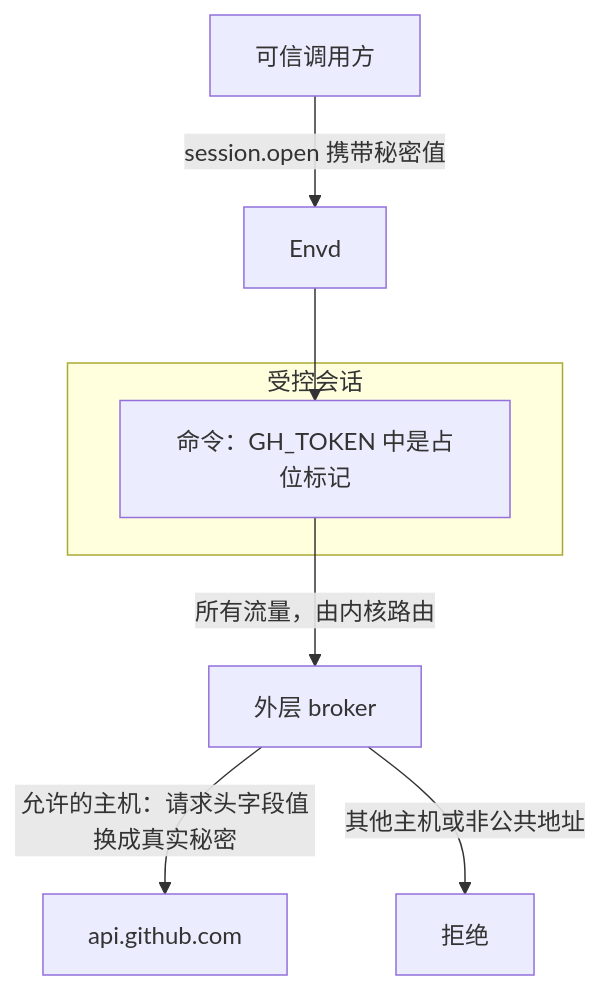
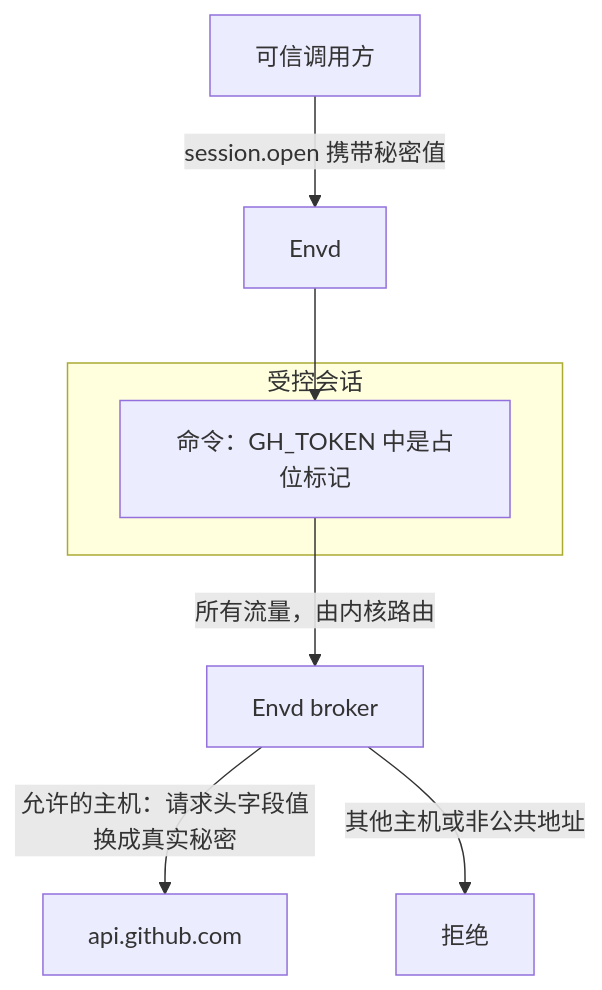
Before and after one commit to converge-ai-labs/agent-foundation: the diagram in docs/a13n-envd/egress.zh-CN.md, drawn with Mermaid. The commit also changed other lines of this file and 199 other files, not shown here.

````diff
--- a/docs/a13n-envd/egress.zh-CN.md
+++ b/docs/a13n-envd/egress.zh-CN.md
@@ -55,16 +55,16 @@
 ```mermaid
 flowchart TB
     Caller["可信调用方"] -->|"session.open 携带秘密值"| Envd["Envd"]
     subgraph Session["受控会话"]
         Command["命令：GH_TOKEN 中是占位标记"]
     end
     Envd --> Command
-    Command -->|"所有流量，由内核路由"| Broker["外层 broker"]
+    Command -->|"所有流量，由内核路由"| Broker["Envd broker"]
     Broker -->|"允许的主机：请求头字段值换成真实秘密"| Upstream["api.github.com"]
     Broker -->|"其他主机或非公共地址"| Refused["拒绝"]
 
     class Caller app
     class Envd,Broker a13n
     class Upstream ext
     class Refused danger
 ```
````
